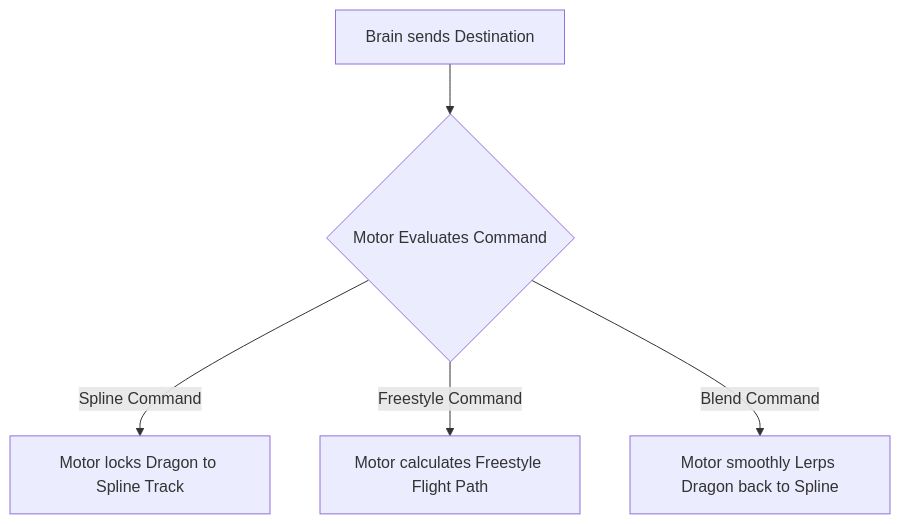
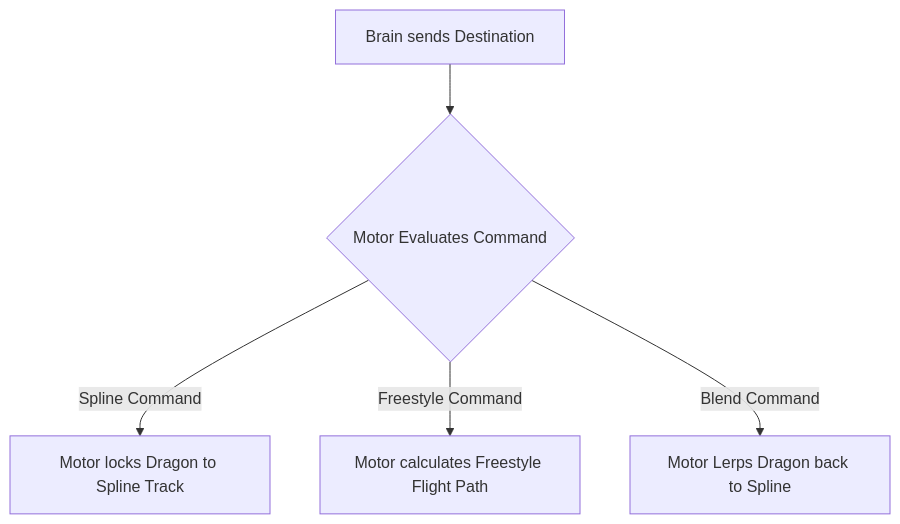
Before and after one commit to NatalieC001/ObiRopeTest: the third of 4 diagrams in Dragon_Code_Overview.md, drawn with Mermaid. The commit also changed other lines of this file, not shown here.

First line of the commit message:
docs: rewrite Dragon Code Overview using strict active voice and zero adjectives

````diff
--- a/Dragon_Code_Overview.md
+++ b/Dragon_Code_Overview.md
@@ -79,7 +79,7 @@
 ```mermaid
 graph TD
     Brain[Brain sends Destination] --> Motor{Motor Evaluates Command}
     Motor -- Spline Command --> Lock[Motor locks Dragon to Spline Track]
     Motor -- Freestyle Command --> Fly[Motor calculates Freestyle Flight Path]
-    Motor -- Blend Command --> Lerp[Motor smoothly Lerps Dragon back to Spline]
+    Motor -- Blend Command --> Lerp[Motor Lerps Dragon back to Spline]
 ```
````
